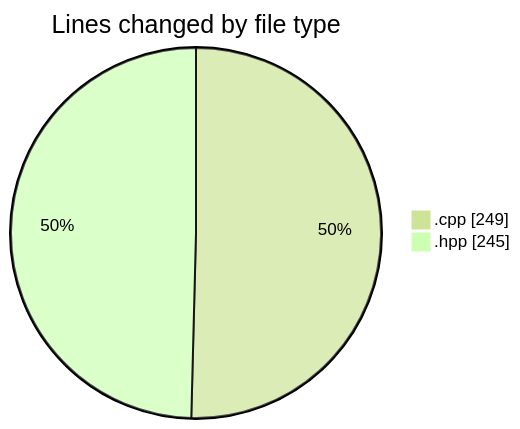
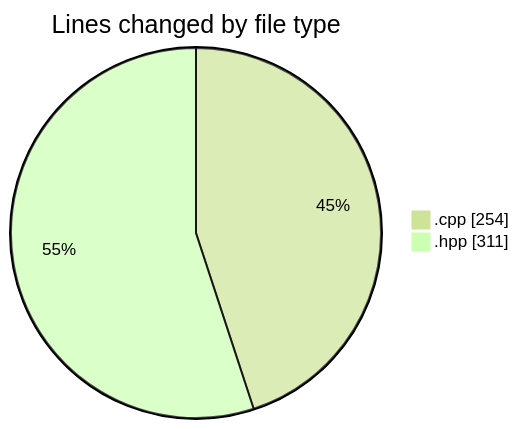
The first of 2 diagrams in 2025-05-08/date/README.md (Netris89/code-tracking), drawn with Mermaid (forest theme) before and after one commit. The commit also changed other lines of this file and 1 other file, not shown here.

````diff
--- a/2025-05-08/date/README.md
+++ b/2025-05-08/date/README.md
@@ -23,6 +23,6 @@
 ```mermaid
 pie showData
 title Lines changed by file type
-".cpp" : 249
-".hpp" : 245
+".cpp" : 254
+".hpp" : 311
 ```
````
